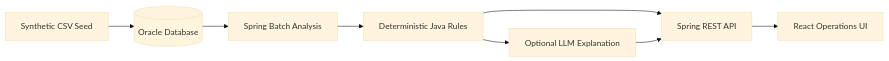
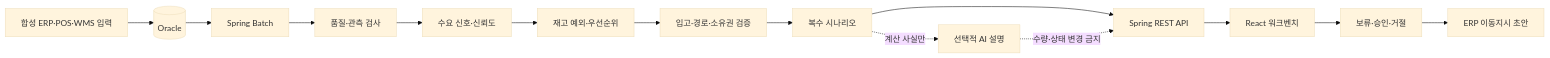
Before and after one commit to BapEgg/fashion-inventory-ops: the diagram in knowledge/project.md, drawn with Mermaid (base theme). The commit also changed other lines of this file and 79 other files, not shown here.

````diff
--- a/knowledge/project.md
+++ b/knowledge/project.md
@@ -51,10 +134,16 @@
 ```mermaid
 flowchart LR
-    Seed[Synthetic CSV Seed] --> Oracle[(Oracle Database)]
-    Oracle --> Batch[Spring Batch Analysis]
-    Batch --> Rules[Deterministic Java Rules]
-    Rules --> API[Spring REST API]
-    API --> UI[React Operations UI]
-    Rules --> Explain[Optional LLM Explanation]
-    Explain --> API
+    Source[합성 ERP·POS·WMS 입력] --> Oracle[(Oracle)]
+    Oracle --> Batch[Spring Batch]
+    Batch --> Quality[품질·관측 검사]
+    Quality --> Signal[수요 신호·신뢰도]
+    Signal --> Exception[재고 예외·우선순위]
+    Exception --> Constraint[입고·경로·소유권 검증]
+    Constraint --> Scenario[복수 시나리오]
+    Scenario --> API[Spring REST API]
+    API --> UI[React 워크벤치]
+    UI --> Decision[보류·승인·거절]
+    Decision --> Draft[ERP 이동지시 초안]
+    Scenario -. 계산 사실만 .-> Explain[선택적 AI 설명]
+    Explain -. 수량·상태 변경 금지 .-> API
 ```
````
